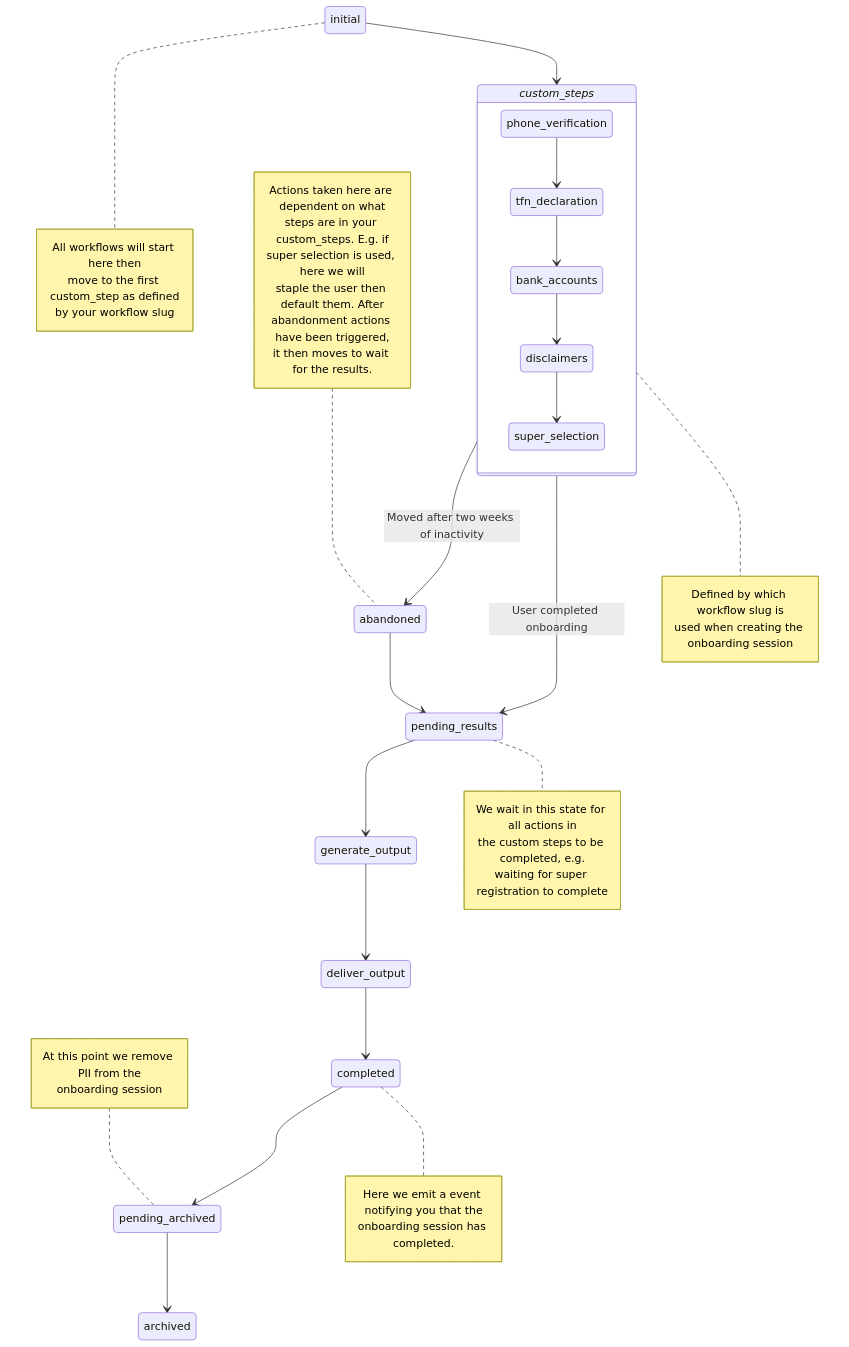
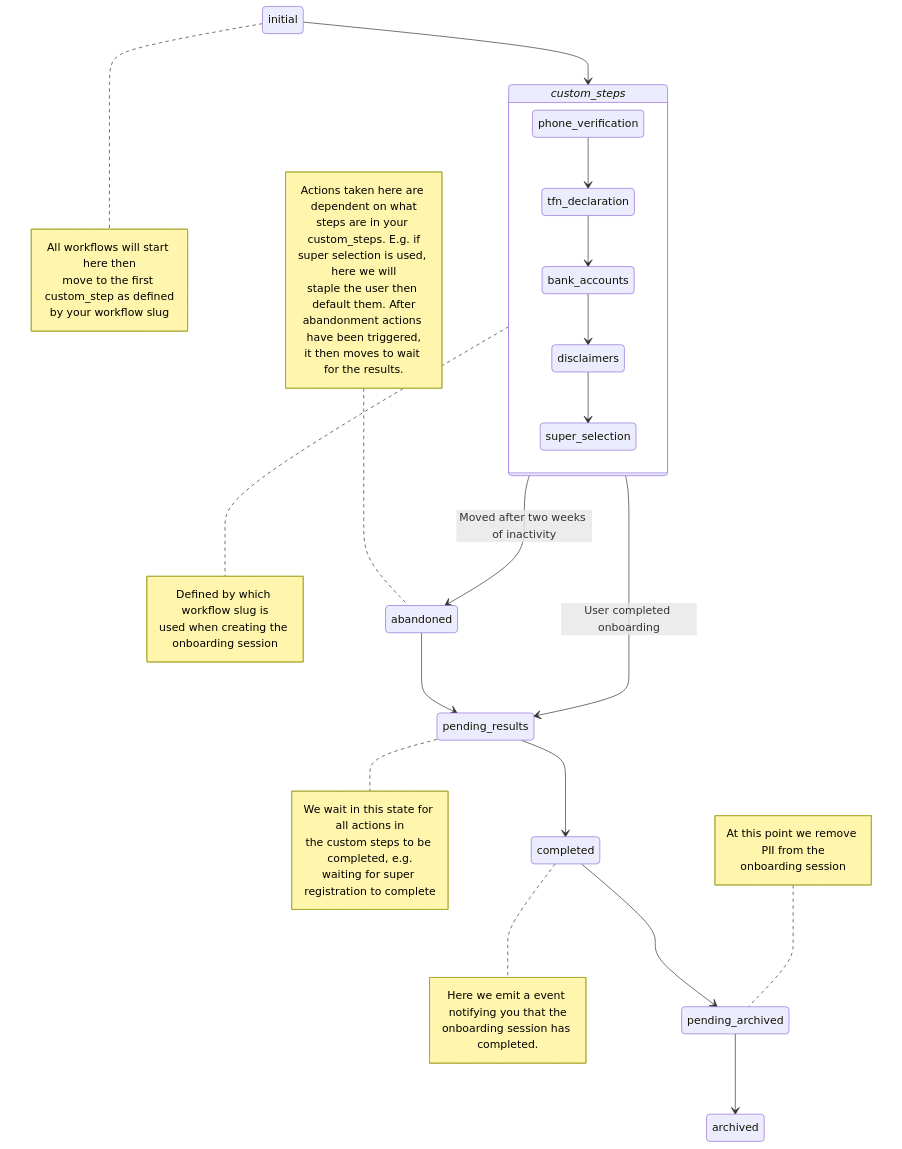
The first of 2 diagrams in website/docs/software_partners/explanations/lifecycle_of_an_onboarding_session/index.md (supersimplesuper/docs), drawn with Mermaid before and after one commit.

Commit message:
Remove docs about generate / delivery output states

````diff
--- a/website/docs/software_partners/explanations/lifecycle_of_an_onboarding_session/index.md
+++ b/website/docs/software_partners/explanations/lifecycle_of_an_onboarding_session/index.md
@@ -7,51 +7,49 @@
 ```mermaid
 stateDiagram-v2
     classDef movement font-style:italic
     initial --> custom_steps
     note right of initial
         All workflows will start here then
         move to the first custom_step as defined
         by your workflow slug
     end note
     state custom_steps {
         phone_verification --> tfn_declaration
         tfn_declaration --> bank_accounts
         bank_accounts --> disclaimers
         disclaimers --> super_selection
     }
     custom_steps --> abandoned: Moved after two weeks of inactivity
     custom_steps --> pending_results: User completed onboarding
-    pending_results --> generate_output
+    pending_results --> completed
     note right of pending_results
         We wait in this state for all actions in
         the custom steps to be completed, e.g.
         waiting for super registration to complete
     end note
-    generate_output --> deliver_output
     note right of custom_steps
         Defined by which workflow slug is
         used when creating the onboarding session
     end note
-    deliver_output --> completed
     completed --> pending_archived
     note right of completed
         Here we emit a event notifying you that the
         onboarding session has completed.
     end note
     abandoned --> pending_results
     note left of abandoned
         Actions taken here are dependent on what
         steps are in your custom_steps. E.g. if
         super selection is used, here we will
         staple the user then default them. After
         abandonment actions have been triggered,
         it then moves to wait for the results.
     end note
     pending_archived --> archived
     note left of pending_archived
         At this point we remove PII from the
         onboarding session
     end note
 
     class custom_steps movement
 ```
````
